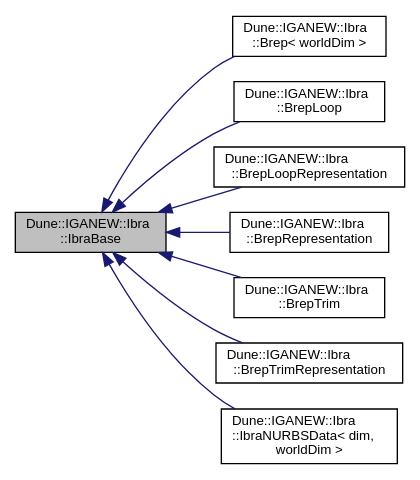
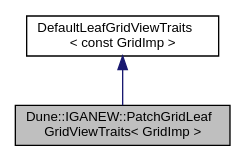
One commit to rath3t/dune-iga-doc changed the diagram in d7/d73/a01266.dot. Above: the diagram before and after it, drawn with Graphviz. The commit also changed 1308 other files, not shown here.

```diff
--- a/d7/d73/a01266.dot
+++ b/d7/d73/a01266.dot
@@ -1,22 +1,9 @@
-digraph "Dune::IGANEW::Ibra::IbraBase"
+digraph "Dune::IGANEW::PatchGridLeafGridViewTraits&lt; GridImp &gt;"
 {
  // LATEX_PDF_SIZE
   edge [fontname="Helvetica",fontsize="10",labelfontname="Helvetica",labelfontsize="10"];
   node [fontname="Helvetica",fontsize="10",shape=record];
-  rankdir="LR";
-  Node1 [label="Dune::IGANEW::Ibra\l::IbraBase",height=0.2,width=0.4,color="black", fillcolor="grey75", style="filled", fontcolor="black",tooltip=" "];
-  Node1 -> Node2 [dir="back",color="midnightblue",fontsize="10",style="solid",fontname="Helvetica"];
-  Node2 [label="Dune::IGANEW::Ibra\l::Brep\< worldDim \>",height=0.2,width=0.4,color="black", fillcolor="white", style="filled",URL="$d2/d68/a01295.html",tooltip=" "];
-  Node1 -> Node3 [dir="back",color="midnightblue",fontsize="10",style="solid",fontname="Helvetica"];
-  Node3 [label="Dune::IGANEW::Ibra\l::BrepLoop",height=0.2,width=0.4,color="black", fillcolor="white", style="filled",URL="$d7/da4/a01287.html",tooltip=" "];
-  Node1 -> Node4 [dir="back",color="midnightblue",fontsize="10",style="solid",fontname="Helvetica"];
-  Node4 [label="Dune::IGANEW::Ibra\l::BrepLoopRepresentation",height=0.2,width=0.4,color="black", fillcolor="white", style="filled",URL="$d5/da7/a01283.html",tooltip=" "];
-  Node1 -> Node5 [dir="back",color="midnightblue",fontsize="10",style="solid",fontname="Helvetica"];
-  Node5 [label="Dune::IGANEW::Ibra\l::BrepRepresentation",height=0.2,width=0.4,color="black", fillcolor="white", style="filled",URL="$d4/da0/a01291.html",tooltip=" "];
-  Node1 -> Node6 [dir="back",color="midnightblue",fontsize="10",style="solid",fontname="Helvetica"];
-  Node6 [label="Dune::IGANEW::Ibra\l::BrepTrim",height=0.2,width=0.4,color="black", fillcolor="white", style="filled",URL="$d9/de7/a01279.html",tooltip=" "];
-  Node1 -> Node7 [dir="back",color="midnightblue",fontsize="10",style="solid",fontname="Helvetica"];
-  Node7 [label="Dune::IGANEW::Ibra\l::BrepTrimRepresentation",height=0.2,width=0.4,color="black", fillcolor="white", style="filled",URL="$d3/d42/a01275.html",tooltip=" "];
-  Node1 -> Node8 [dir="back",color="midnightblue",fontsize="10",style="solid",fontname="Helvetica"];
-  Node8 [label="Dune::IGANEW::Ibra\l::IbraNURBSData\< dim,\l worldDim \>",height=0.2,width=0.4,color="black", fillcolor="white", style="filled",URL="$dd/d39/a01271.html",tooltip=" "];
+  Node1 [label="Dune::IGANEW::PatchGridLeaf\lGridViewTraits\< GridImp \>",height=0.2,width=0.4,color="black", fillcolor="grey75", style="filled", fontcolor="black",tooltip=" "];
+  Node2 -> Node1 [dir="back",color="midnightblue",fontsize="10",style="solid",fontname="Helvetica"];
+  Node2 [label="DefaultLeafGridViewTraits\l\< const GridImp \>",height=0.2,width=0.4,color="black", fillcolor="white", style="filled",tooltip=" "];
 }
```
